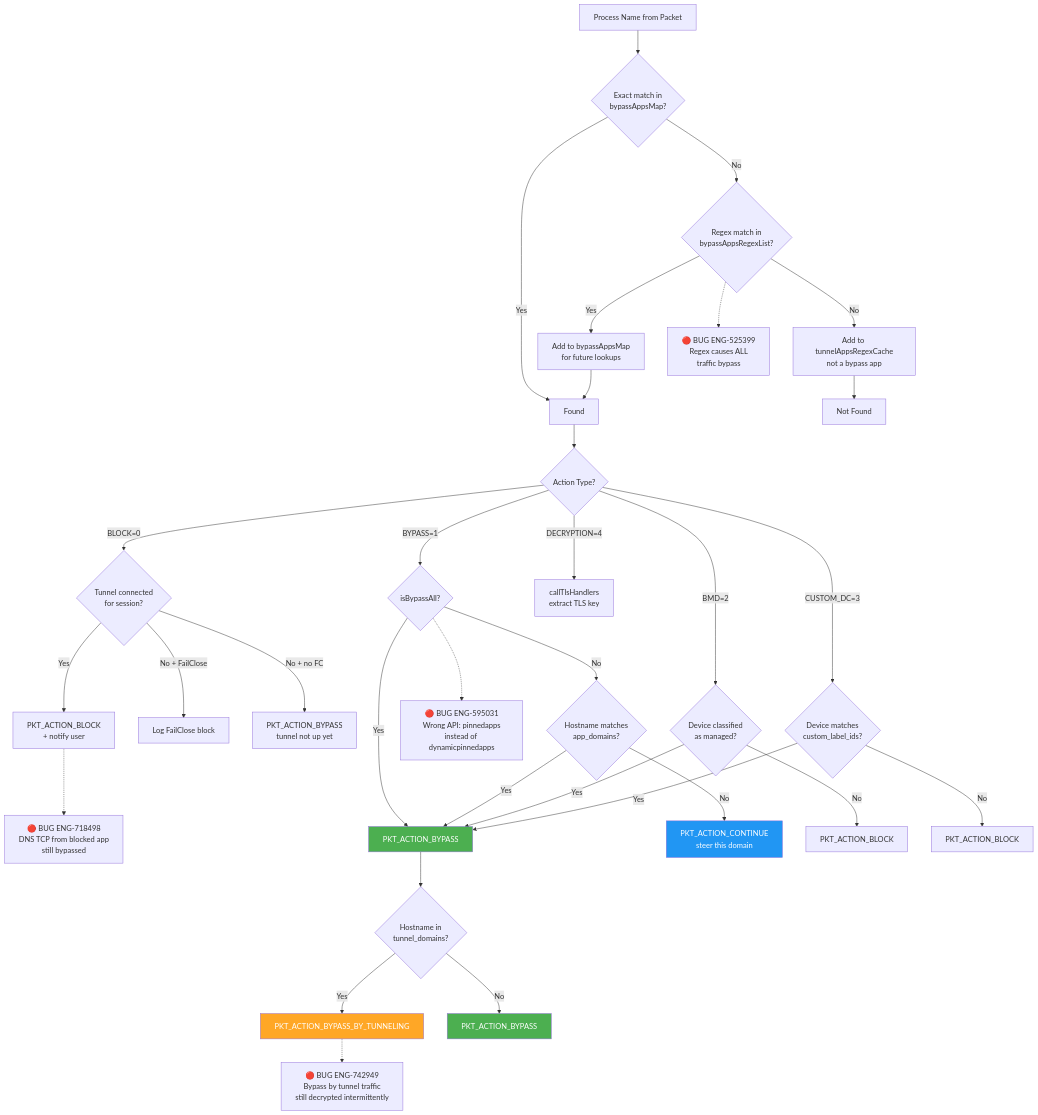
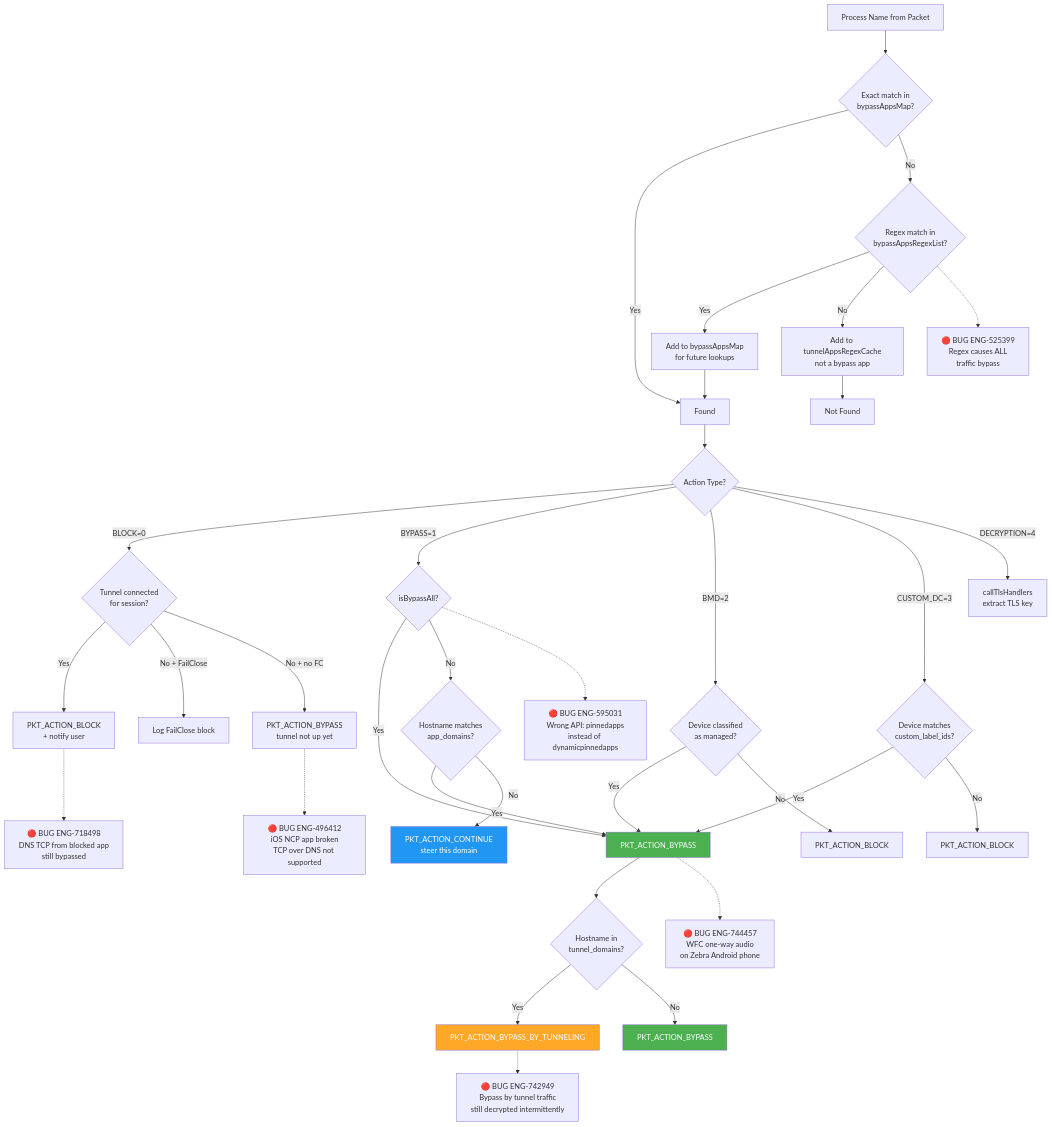
Before and after one commit to ns-klin/endpoint_system_test_plan: the fifth of 10 diagrams in chapters/10_bypass.md, drawn with Mermaid. The commit also changed other lines of this file and 26 other files, not shown here.

First line of the commit message:
Add 87 bugs from Excel enrichment and integrate into mermaid diagrams

````diff
--- a/chapters/10_bypass.md
+++ b/chapters/10_bypass.md
@@ -317,49 +347,52 @@
 ```mermaid
 flowchart TD
     PROC[Process Name from Packet] --> EXACT{Exact match in<br/>bypassAppsMap?}
     EXACT -->|Yes| FOUND[Found]
     EXACT -->|No| REGEX{Regex match in<br/>bypassAppsRegexList?}
     REGEX -->|Yes| CACHE_ADD[Add to bypassAppsMap<br/>for future lookups]
     REGEX -->|No| CACHE_TUNNEL[Add to tunnelAppsRegexCache<br/>not a bypass app]
     CACHE_ADD --> FOUND
     CACHE_TUNNEL --> NOT_FOUND[Not Found]
 
     REGEX -.-> BUG_REGEX["🔴 BUG ENG-525399<br/>Regex causes ALL<br/>traffic bypass"]
 
     FOUND --> ACTION{Action Type?}
     ACTION -->|BLOCK=0| BLOCK_CHECK{Tunnel connected<br/>for session?}
     BLOCK_CHECK -->|Yes| BLOCK[PKT_ACTION_BLOCK<br/>+ notify user]
     BLOCK_CHECK -->|No + FailClose| FC_LOG[Log FailClose block]
     BLOCK_CHECK -->|No + no FC| BYPASS_NOTUNN[PKT_ACTION_BYPASS<br/>tunnel not up yet]
 
     BLOCK -.-> BUG_DNS["🔴 BUG ENG-718498<br/>DNS TCP from blocked app<br/>still bypassed"]
 
     ACTION -->|BYPASS=1| DOMAIN_CHK{isBypassAll?}
     DOMAIN_CHK -->|Yes| BYPASS[PKT_ACTION_BYPASS]
     DOMAIN_CHK -->|No| APP_DOMAIN{Hostname matches<br/>app_domains?}
     APP_DOMAIN -->|Yes| BYPASS
     APP_DOMAIN -->|No| CONTINUE[PKT_ACTION_CONTINUE<br/>steer this domain]
 
     DOMAIN_CHK -.-> BUG_API["🔴 BUG ENG-595031<br/>Wrong API: pinnedapps<br/>instead of dynamicpinnedapps"]
 
     ACTION -->|BMD=2| DC{Device classified<br/>as managed?}
     DC -->|Yes| BYPASS
     DC -->|No| BLOCK2[PKT_ACTION_BLOCK]
 
     ACTION -->|CUSTOM_DC=3| CUSTOM{Device matches<br/>custom_label_ids?}
     CUSTOM -->|Yes| BYPASS
     CUSTOM -->|No| BLOCK3[PKT_ACTION_BLOCK]
 
     ACTION -->|DECRYPTION=4| TLS[callTlsHandlers<br/>extract TLS key]
 
     BYPASS --> TUNNEL_DOMAIN{Hostname in<br/>tunnel_domains?}
     TUNNEL_DOMAIN -->|Yes| BBT[PKT_ACTION_BYPASS_BY_TUNNELING]
     TUNNEL_DOMAIN -->|No| FINAL_BYPASS[PKT_ACTION_BYPASS]
 
     BBT -.-> BUG_BBT["🔴 BUG ENG-742949<br/>Bypass by tunnel traffic<br/>still decrypted intermittently"]
 
+    BYPASS_NOTUNN -.-> BUG_NCP["🔴 BUG ENG-496412<br/>iOS NCP app broken<br/>TCP over DNS not supported"]
+    BYPASS -.-> BUG_WFC["🔴 BUG ENG-744457<br/>WFC one-way audio<br/>on Zebra Android phone"]
+
     style BYPASS fill:#4CAF50,color:#fff
     style FINAL_BYPASS fill:#4CAF50,color:#fff
     style BBT fill:#FFA726,color:#fff
     style CONTINUE fill:#2196F3,color:#fff
 ```
````
